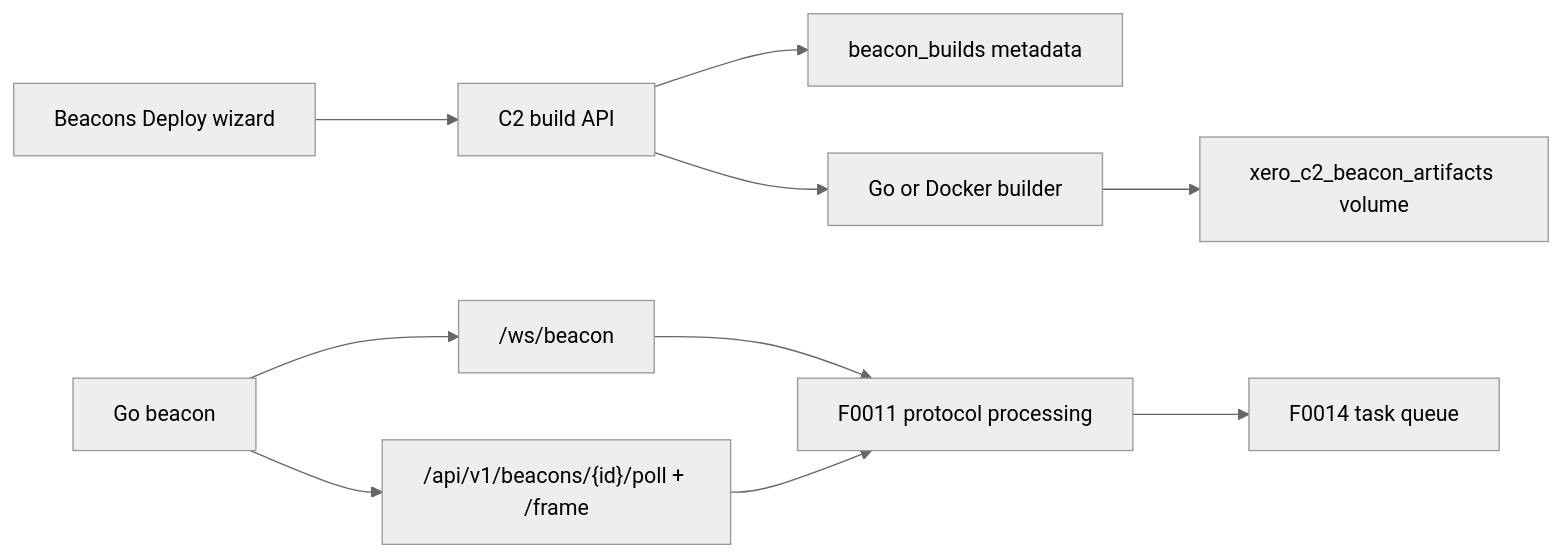
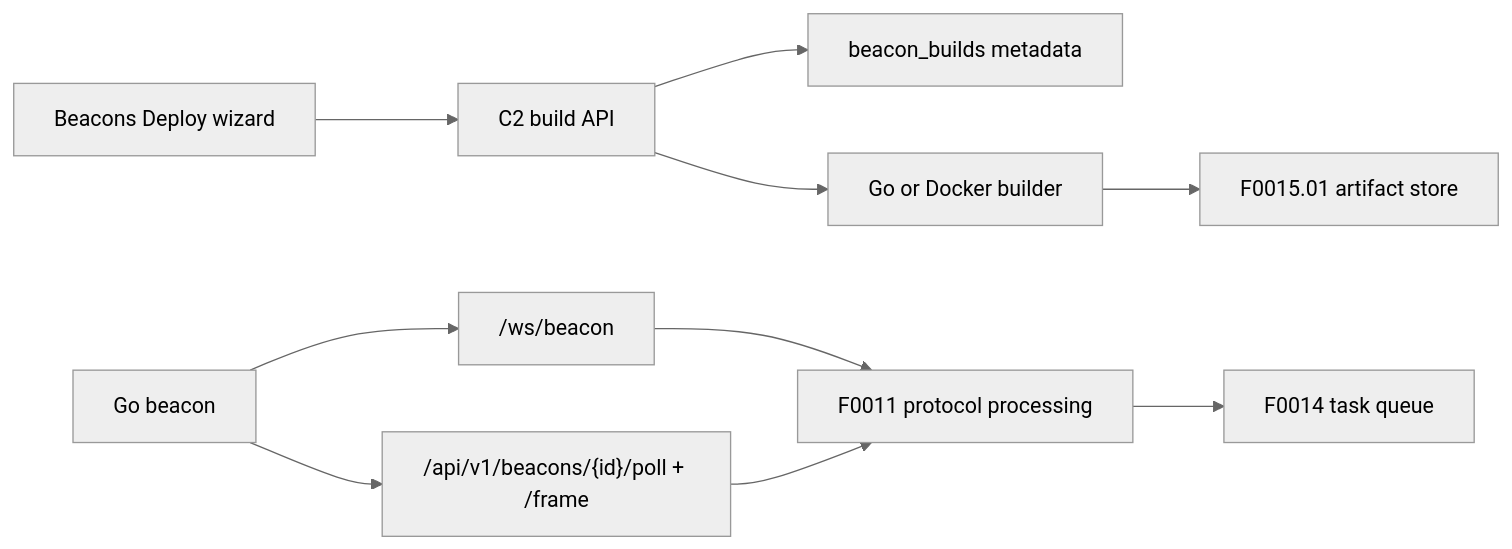
The diagram in spec/features/0015-go-beacon-agent.md (JoeStewart93/xero), drawn with Mermaid (neutral theme) before and after one commit. The commit also changed other lines of this file and 34 other files, not shown here.

````diff
--- a/spec/features/0015-go-beacon-agent.md
+++ b/spec/features/0015-go-beacon-agent.md
@@ -34,12 +34,12 @@
 ```mermaid
 flowchart LR
   UI["Beacons Deploy wizard"] --> API["C2 build API"]
   API --> DB["beacon_builds metadata"]
   API --> Builder["Go or Docker builder"]
-  Builder --> Artifact["xero_c2_beacon_artifacts volume"]
+  Builder --> Artifact["F0015.01 artifact store"]
   Beacon["Go beacon"] --> WS["/ws/beacon"]
   Beacon --> LP["/api/v1/beacons/{id}/poll + /frame"]
   WS --> Protocol["F0011 protocol processing"]
   LP --> Protocol
   Protocol --> Tasks["F0014 task queue"]
 ```
````
